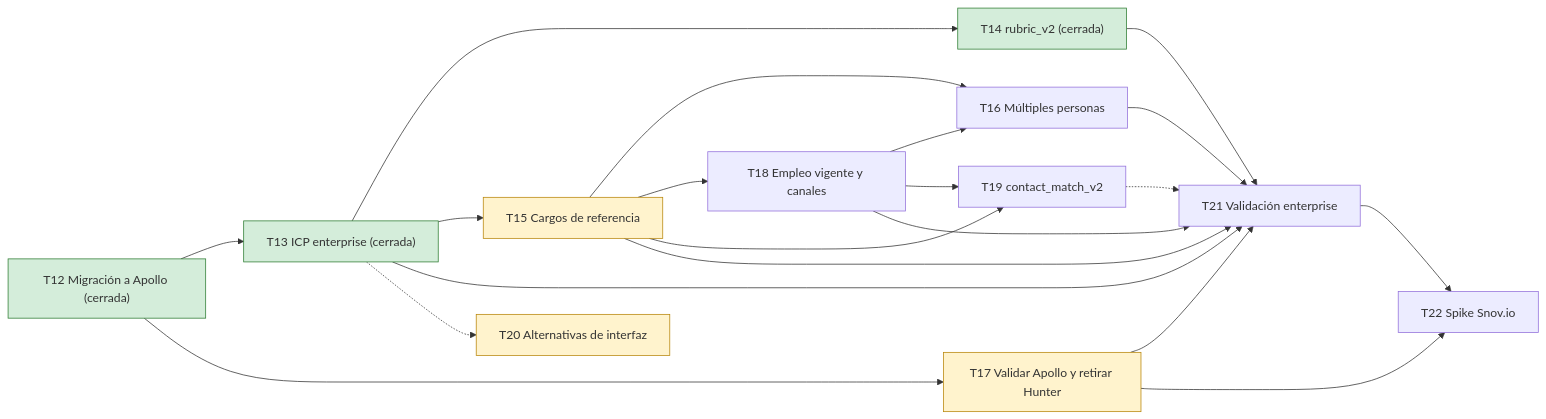
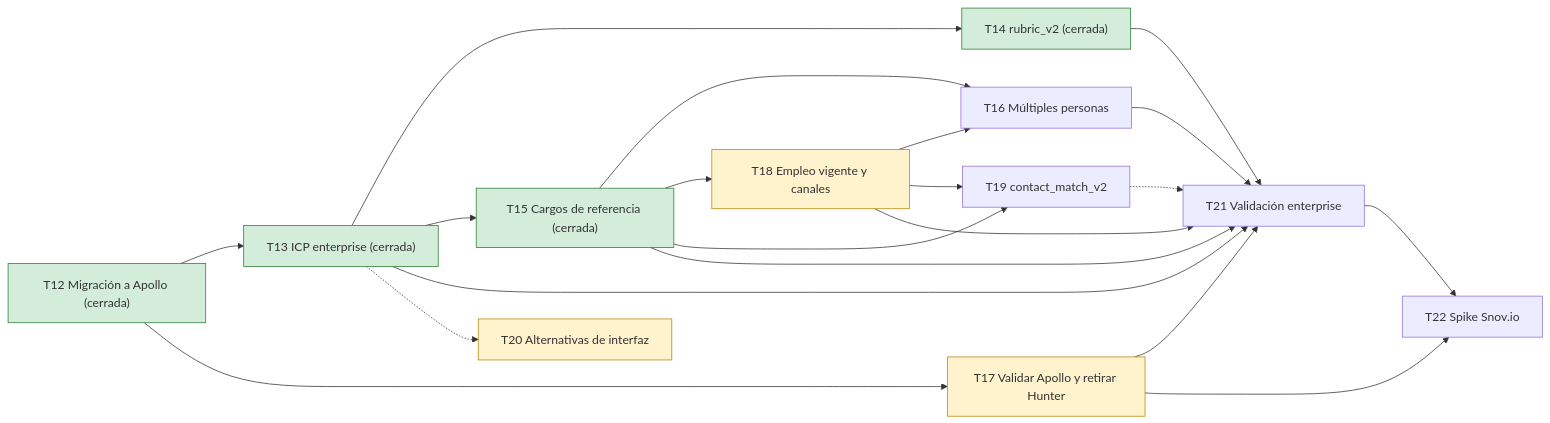
The diagram in docs/Roadmap.md (ThomasSerna/veryfi-prospecting), drawn with Mermaid before and after one commit. The commit also changed other lines of this file, not shown here.

Commit message:
docs: actualizar Roadmap con el cierre de T15 y T18 desbloqueada

````diff
--- a/docs/Roadmap.md
+++ b/docs/Roadmap.md
@@ -52,35 +52,35 @@
 ```mermaid
 flowchart LR
     T12["T12 Migración a Apollo (cerrada)"]:::closed
     T13["T13 ICP enterprise (cerrada)"]:::closed
     T14["T14 rubric_v2 (cerrada)"]:::closed
-    T15["T15 Cargos de referencia"]:::ready
+    T15["T15 Cargos de referencia (cerrada)"]:::closed
     T16["T16 Múltiples personas"]
     T17["T17 Validar Apollo y retirar Hunter"]:::ready
-    T18["T18 Empleo vigente y canales"]
+    T18["T18 Empleo vigente y canales"]:::ready
     T19["T19 contact_match_v2"]
     T20["T20 Alternativas de interfaz"]:::ready
     T21["T21 Validación enterprise"]
     T22["T22 Spike Snov.io"]
     T12 --> T13
     T12 --> T17
     T13 --> T14
     T13 --> T15
     T15 --> T16
     T15 --> T18
     T15 --> T19
     T18 --> T16
     T18 --> T19
     T13 --> T21
     T14 --> T21
     T15 --> T21
     T16 --> T21
     T17 --> T21
     T18 --> T21
     T21 --> T22
     T17 --> T22
     T13 -.-> T20
     T19 -.-> T21
     classDef closed fill:#d4edda,stroke:#2e7d32
     classDef ready fill:#fff3cd,stroke:#b8860b
 ```
````
